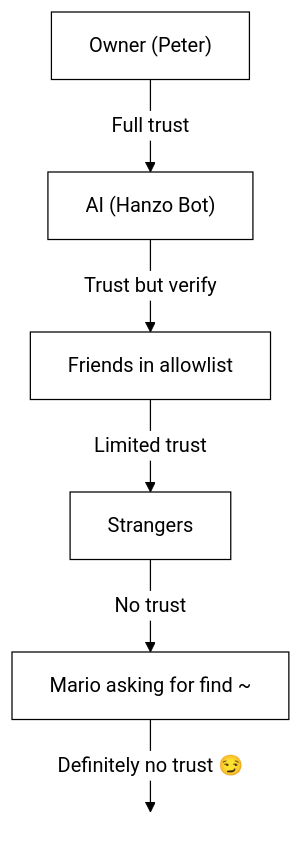
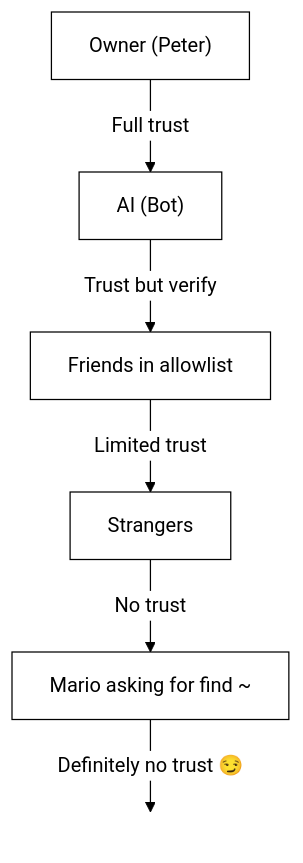
Before and after one commit to hanzoai/bot: the diagram in docs/gateway/security/index.md, drawn with Mermaid. The commit also changed other lines of this file and 425 other files, not shown here.

First line of the commit message:
rebrand: complete OpenClaw→Hanzo Bot cleanup across 424 files

````diff
--- a/docs/gateway/security/index.md
+++ b/docs/gateway/security/index.md
@@ -800,28 +800,28 @@
 ```mermaid
 %%{init: {
   'theme': 'base',
   'themeVariables': {
     'primaryColor': '#ffffff',
     'primaryTextColor': '#000000',
     'primaryBorderColor': '#000000',
     'lineColor': '#000000',
     'secondaryColor': '#f9f9fb',
     'tertiaryColor': '#ffffff',
     'clusterBkg': '#f9f9fb',
     'clusterBorder': '#000000',
     'nodeBorder': '#000000',
     'mainBkg': '#ffffff',
     'edgeLabelBackground': '#ffffff'
   }
 }}%%
 flowchart TB
-    A["Owner (Peter)"] -- Full trust --> B["AI (Hanzo Bot)"]
+    A["Owner (Peter)"] -- Full trust --> B["AI (Bot)"]
     B -- Trust but verify --> C["Friends in allowlist"]
     C -- Limited trust --> D["Strangers"]
     D -- No trust --> E["Mario asking for find ~"]
     E -- Definitely no trust 😏 --> F[" "]
 
      %% The transparent box is needed to show the bottom-most label correctly
      F:::Class_transparent_box
     classDef Class_transparent_box fill:transparent, stroke:transparent
 ```
````
